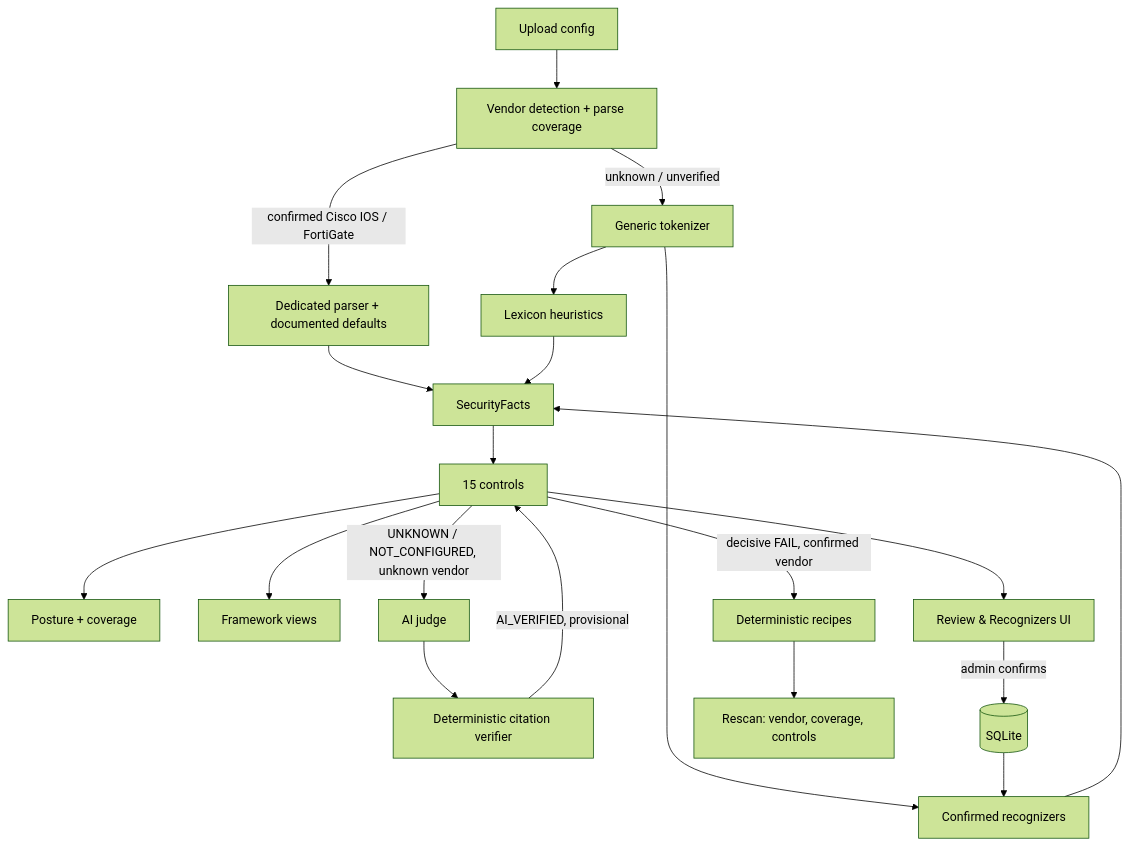
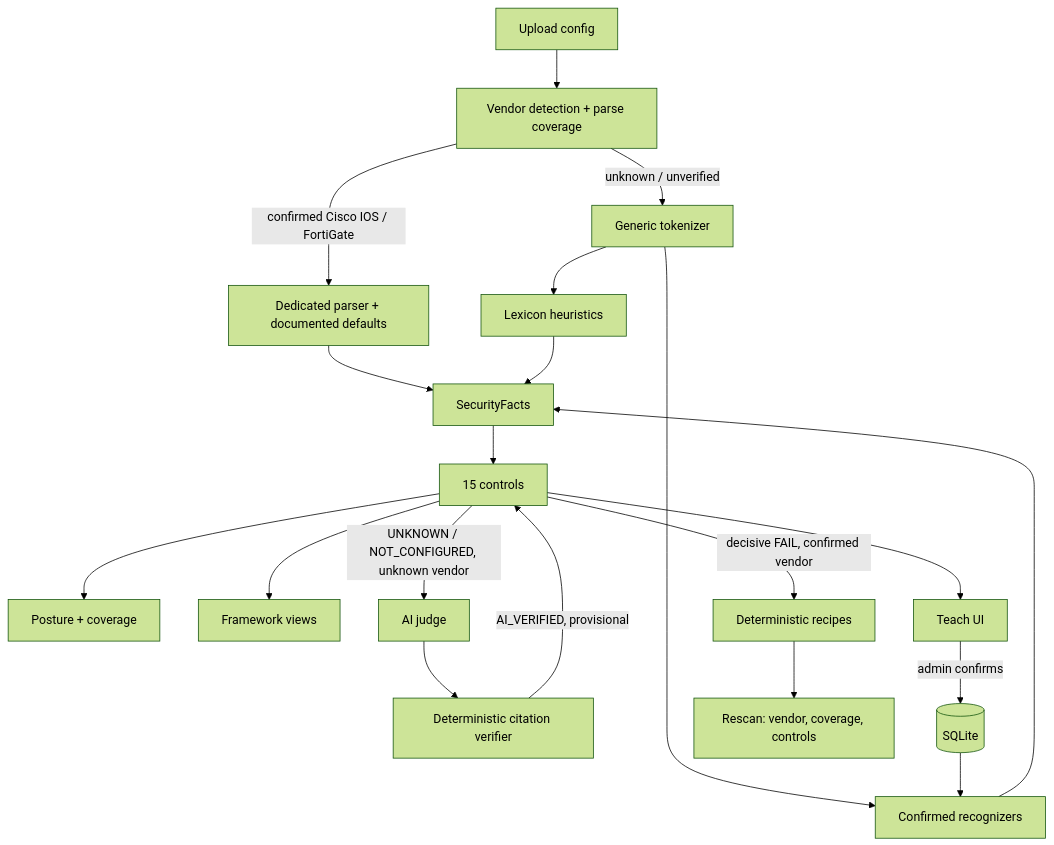
One commit to astrilo-monk/sih-26155 changed the diagram in docs/architecture.md. Above: the diagram before and after it, drawn with Mermaid (forest theme). The commit also changed other lines of this file and 6 other files, not shown here.

````diff
--- a/docs/architecture.md
+++ b/docs/architecture.md
@@ -44,22 +44,22 @@
 ```mermaid
 flowchart TD
     Upload[Upload config] --> Detect[Vendor detection + parse coverage]
     Detect -->|confirmed Cisco IOS / FortiGate| Parser[Dedicated parser + documented defaults]
     Detect -->|unknown / unverified| Tokenizer[Generic tokenizer]
     Tokenizer --> Recognizers[Confirmed recognizers]
     Tokenizer --> Heuristics[Lexicon heuristics]
     Parser --> Facts[SecurityFacts]
     Recognizers --> Facts
     Heuristics --> Facts
     Facts --> Controls[15 controls]
     Controls --> Score[Posture + coverage]
     Controls --> Frameworks[Framework views]
     Controls -->|UNKNOWN / NOT_CONFIGURED, unknown vendor| Judge[AI judge]
     Judge --> Verify[Deterministic citation verifier]
     Verify -->|AI_VERIFIED, provisional| Controls
-    Controls --> Review[Review & Recognizers UI]
+    Controls --> Review[Teach UI]
     Review -->|admin confirms| DB[(SQLite)]
     DB --> Recognizers
     Controls -->|decisive FAIL, confirmed vendor| Remediation[Deterministic recipes]
     Remediation --> Rescan[Rescan: vendor, coverage, controls]
 ```
````
